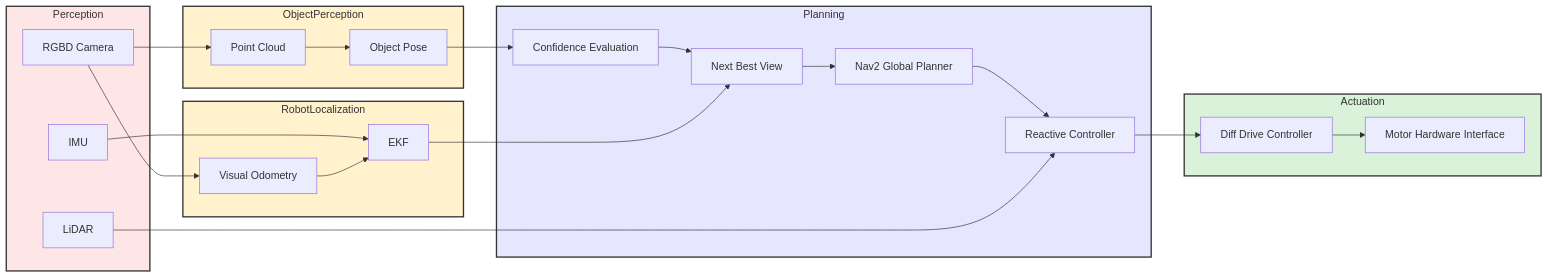
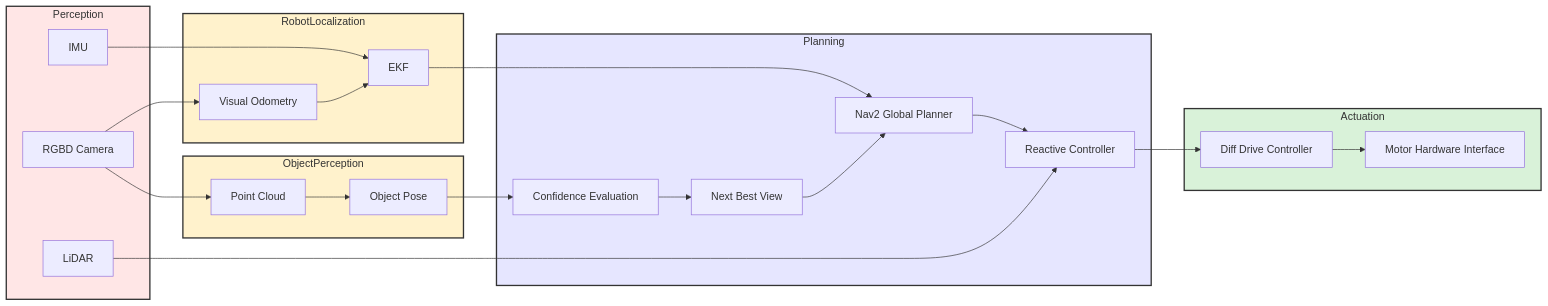
The diagram in project/report1.md (SeasonedLeo/RAS_Mobile_Robotics_Vision), drawn with Mermaid before and after one commit. The commit also changed 1 other file, not shown here.

Commit message:
Update flowchart references in report1.md and report2.md to reflect changes in EKF output destination from NBV to NAV2.

````diff
--- a/project/report1.md
+++ b/project/report1.md
@@ -90,60 +90,60 @@
 ```mermaid
 flowchart LR
 
   subgraph Perception
     RGBD[RGBD Camera]
     LIDAR[LiDAR]
     IMU[IMU]
   end
 
   subgraph ObjectPerception
     PCP[Point Cloud]
     OPE[Object Pose]
   end
 
   subgraph RobotLocalization
     VO[Visual Odometry]
     EKF[EKF]
   end
   subgraph Planning
     CONF[Confidence Evaluation]
     NBV[Next Best View]
     NAV2[Nav2 Global Planner]
     RC[Reactive Controller]
   end
 
   subgraph Actuation
     DDC[Diff Drive Controller]
     MHI[Motor Hardware Interface]
   end
 
   %% Perception → Object perception
   RGBD --> PCP
   PCP --> OPE
 
   %% Perception → Localization
   RGBD --> VO
   IMU --> EKF
   VO --> EKF
   
 
   %% Estimation to planning
   OPE --> CONF
   CONF --> NBV
-  EKF --> NBV
+  EKF --> NAV2
 
   %% Planning to actuation
   NBV --> NAV2
   NAV2 --> RC
   LIDAR --> RC
   RC --> DDC
   DDC --> MHI
 
   %% Styles
   style Perception fill:#ffe6e6,stroke:#333,stroke-width:2px
   style ObjectPerception fill:#fff2cc,stroke:#333,stroke-width:2px
   style RobotLocalization fill:#fff2cc,stroke:#333,stroke-width:2px
   style Planning fill:#e6e6ff,stroke:#333,stroke-width:2px
   style Actuation fill:#d9f2d9,stroke:#333,stroke-width:2px
 
 ```
````
